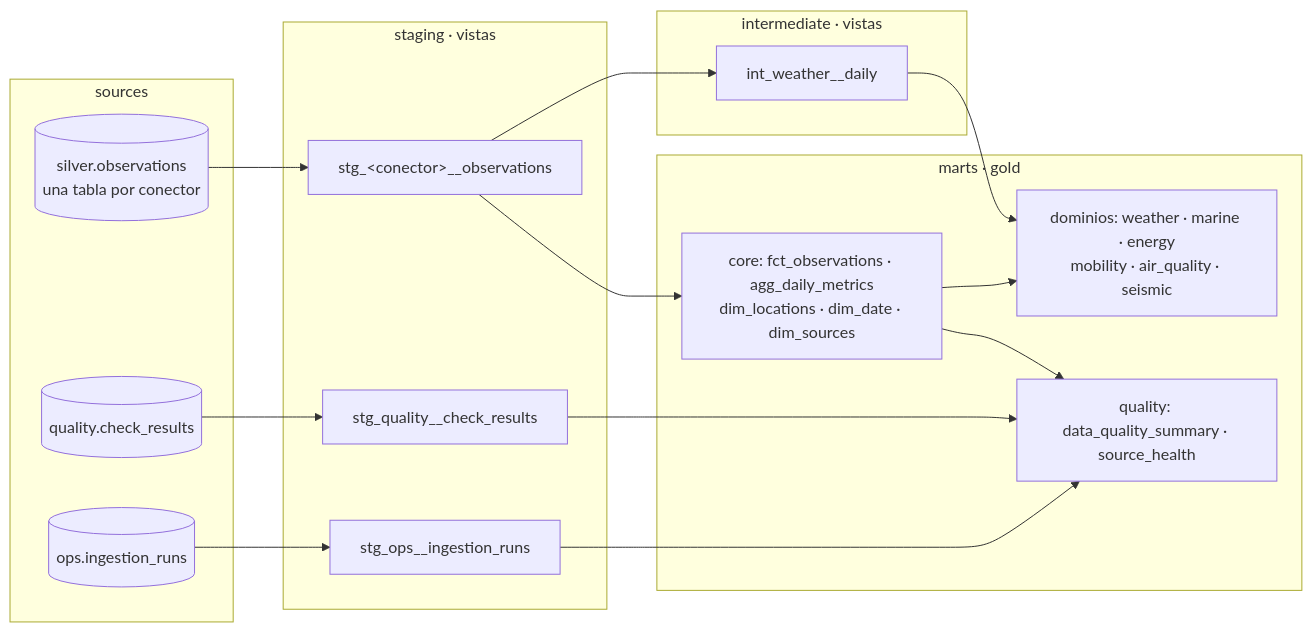
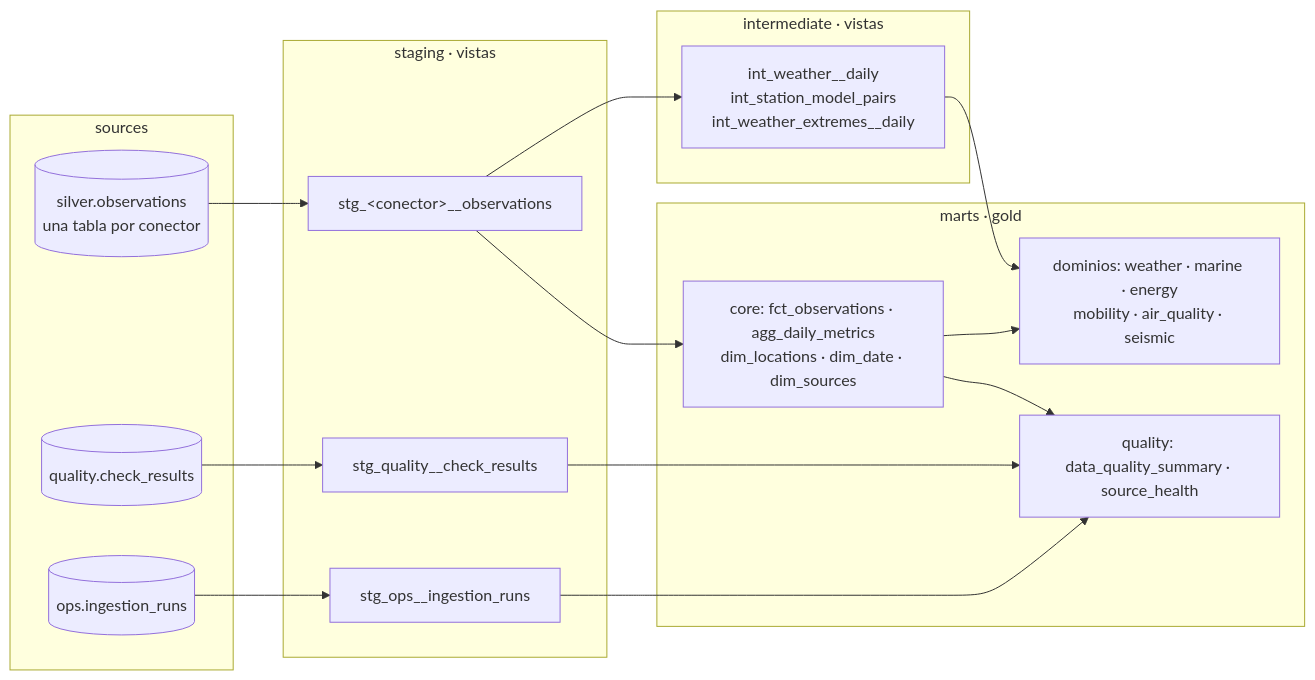
Before and after one commit to AlexandreColl/MallorcaDataPlatform: the diagram in dbt/README.md, drawn with Mermaid. The commit also changed other lines of this file and 2 other files, not shown here.

````diff
--- a/dbt/README.md
+++ b/dbt/README.md
@@ -7,26 +7,26 @@
 ```mermaid
 flowchart LR
     subgraph sources[sources]
         S1[(silver.observations<br/>una tabla por conector)]
         S2[(quality.check_results)]
         S3[(ops.ingestion_runs)]
     end
     subgraph staging[staging · vistas]
         ST[stg_&lt;conector&gt;__observations]
         SQ[stg_quality__check_results]
         SO[stg_ops__ingestion_runs]
     end
     subgraph intermediate[intermediate · vistas]
-        IW[int_weather__daily]
+        IW[int_weather__daily<br/>int_station_model_pairs<br/>int_weather_extremes__daily]
     end
     subgraph marts[marts · gold]
         C[core: fct_observations · agg_daily_metrics<br/>dim_locations · dim_date · dim_sources]
         D[dominios: weather · marine · energy<br/>mobility · air_quality · seismic]
         Q[quality: data_quality_summary · source_health]
     end
     S1 --> ST --> IW --> D
     ST --> C --> D
     S2 --> SQ --> Q
     S3 --> SO --> Q
     C --> Q
 ```
````
